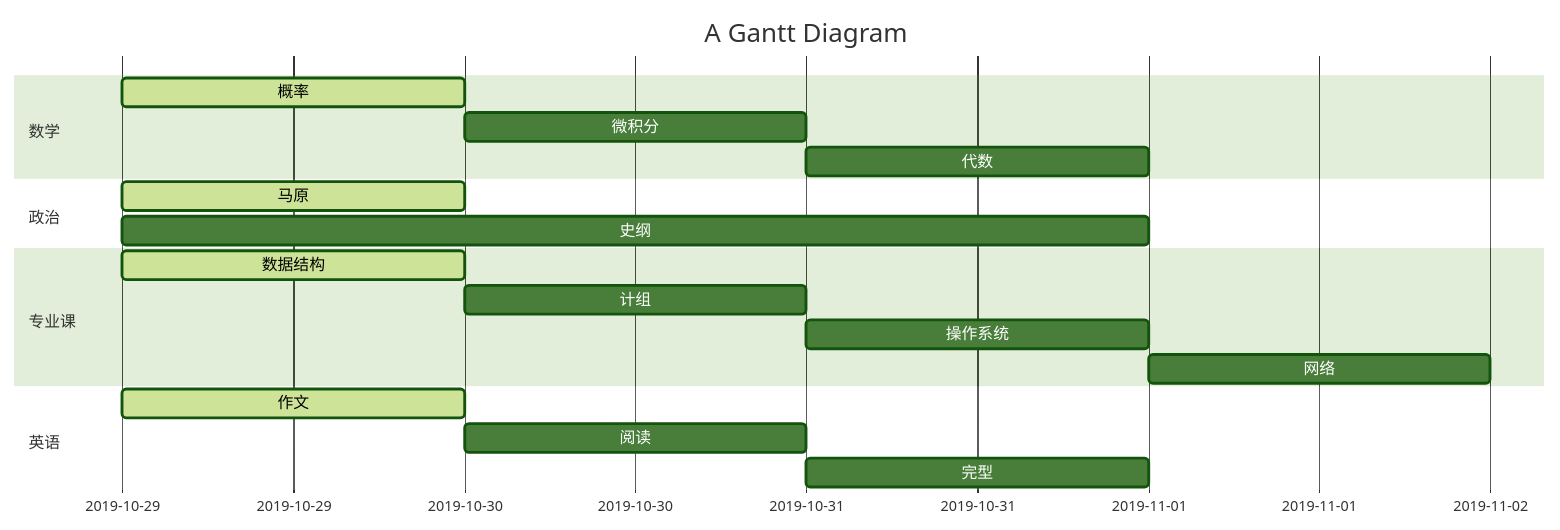
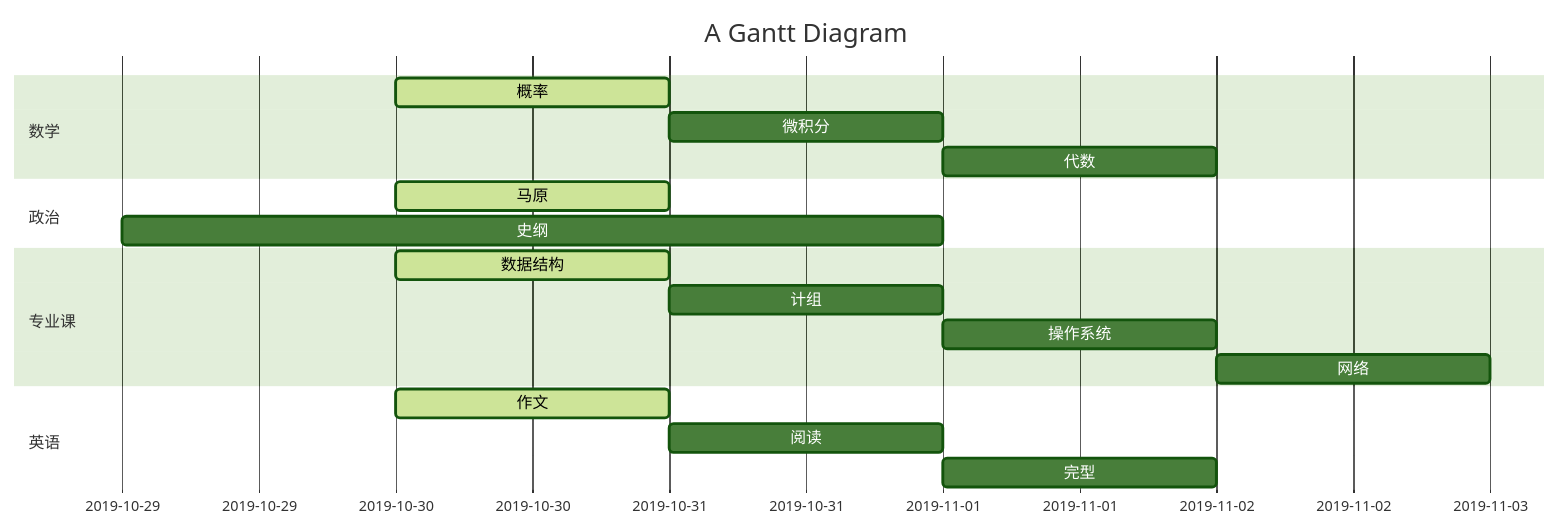
Before and after one commit to ZhangMingShuo/ZhangMingShuo.github.io: the diagram in plan.md, drawn with Mermaid (forest theme).

````diff
--- a/plan.md
+++ b/plan.md
@@ -2,21 +2,21 @@
 ```mermaid,autorun
   gantt
     title A Gantt Diagram
     dateFormat  MM-DD
     section 数学
-    概率:active,m1,10-29,1d
+    概率:active,m1,10-30,1d
     微积分:m2,after m1,1d
     代数:m3,after m2,1d
     section 政治
-    马原           :active,a1, 10-29, 1d
+    马原           :active,a1, 10-30, 1d
     史纲     :a2,10-29  , 3d
     section 专业课
-    数据结构      :active,c1,10-29 , 1d
+    数据结构      :active,c1,10-30 , 1d
     计组      :c2,after c1  , 1d
     操作系统: c3,after c2,1d
     网络 :c4,after c3,1d
     section 英语
-    作文:active,e1,10-29,1d
+    作文:active,e1,10-30,1d
     阅读:e2,after e1,1d
     完型:e3,after e2,1d
 ```
````
